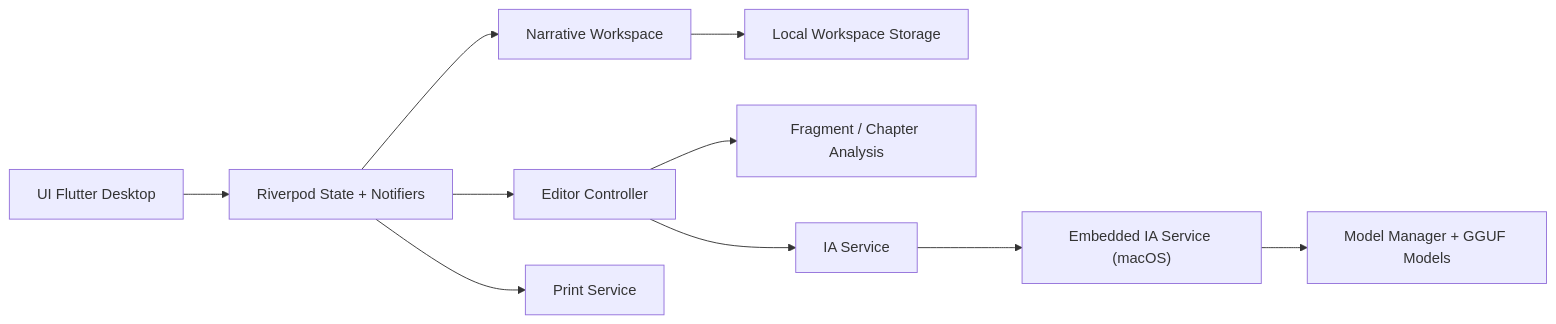
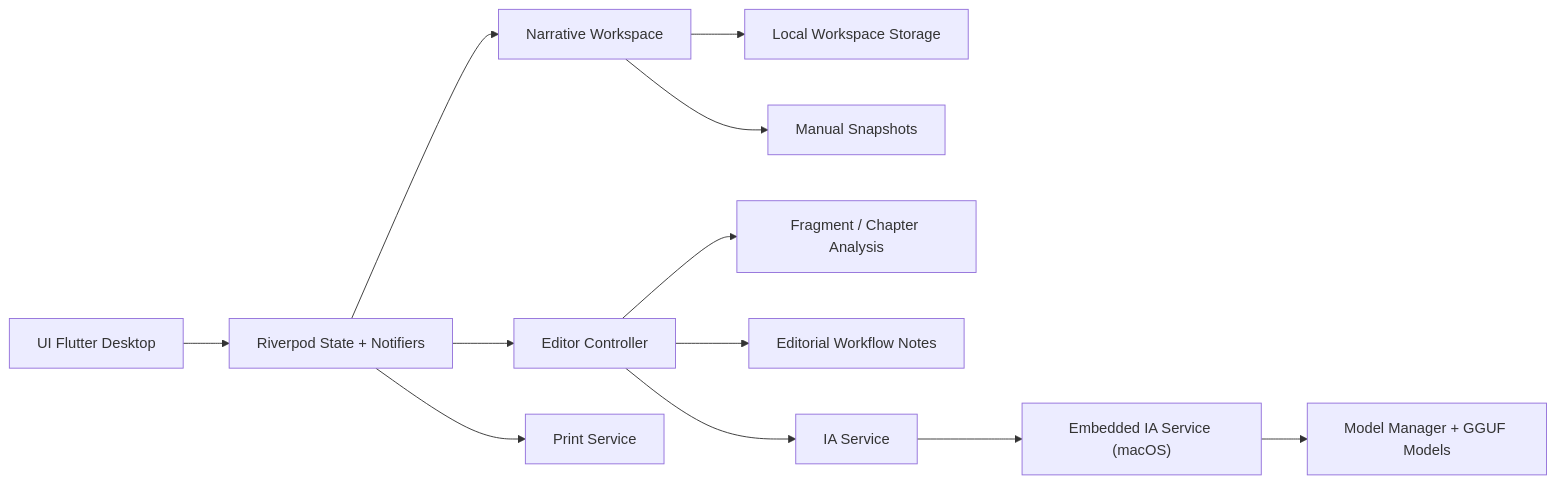
Before and after one commit to Pacovalgor/MUSA: the first of 3 diagrams in README.md, drawn with Mermaid. The commit also changed other lines of this file and 67 other files, not shown here.

Commit message:
Close editorial workflow loop

````diff
--- a/README.md
+++ b/README.md
@@ -83,12 +87,14 @@
 ```mermaid
 flowchart LR
     UI["UI Flutter Desktop"] --> State["Riverpod State + Notifiers"]
     State --> Workspace["Narrative Workspace"]
     Workspace --> Storage["Local Workspace Storage"]
     State --> Editor["Editor Controller"]
     Editor --> Analysis["Fragment / Chapter Analysis"]
+    Editor --> Workflow["Editorial Workflow Notes"]
     Editor --> IA["IA Service"]
     IA --> Embedded["Embedded IA Service (macOS)"]
     Embedded --> Models["Model Manager + GGUF Models"]
     State --> Print["Print Service"]
+    Workspace --> Snapshots["Manual Snapshots"]
 ```
````
